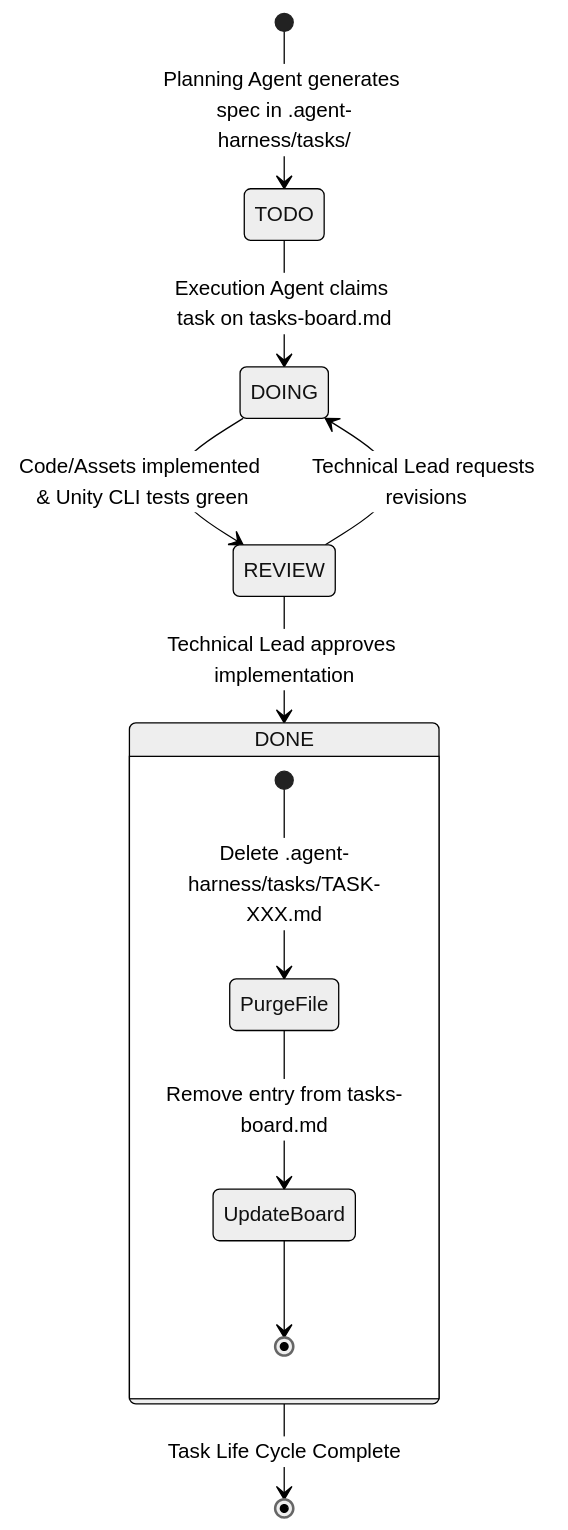
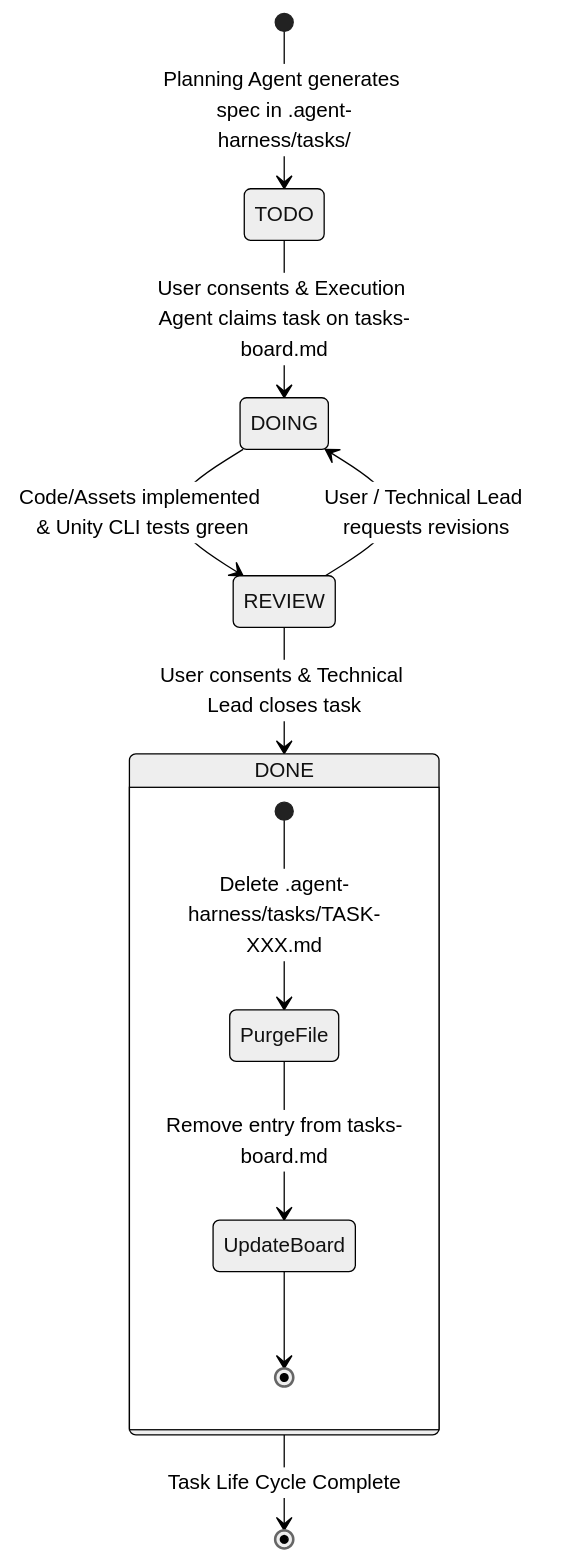
The second of 2 diagrams in .agent-harness/agent-rules.md (Hosomy17/EmpressProject), drawn with Mermaid (neutral theme) before and after one commit. The commit also changed other lines of this file and 3 other files, not shown here.

````diff
--- a/.agent-harness/agent-rules.md
+++ b/.agent-harness/agent-rules.md
@@ -166,14 +186,14 @@
 ```mermaid
 stateDiagram-v2
     [*] --> TODO: Planning Agent generates spec in .agent-harness/tasks/
-    TODO --> DOING: Execution Agent claims task on tasks-board.md
+    TODO --> DOING: User consents & Execution Agent claims task on tasks-board.md
     DOING --> REVIEW: Code/Assets implemented & Unity CLI tests green
-    REVIEW --> DOING: Technical Lead requests revisions
-    REVIEW --> DONE: Technical Lead approves implementation
+    REVIEW --> DOING: User / Technical Lead requests revisions
+    REVIEW --> DONE: User consents & Technical Lead closes task
     state DONE {
         [*] --> PurgeFile: Delete .agent-harness/tasks/TASK-XXX.md
         PurgeFile --> UpdateBoard: Remove entry from tasks-board.md
         UpdateBoard --> [*]
     }
     DONE --> [*]: Task Life Cycle Complete
 ```
````
